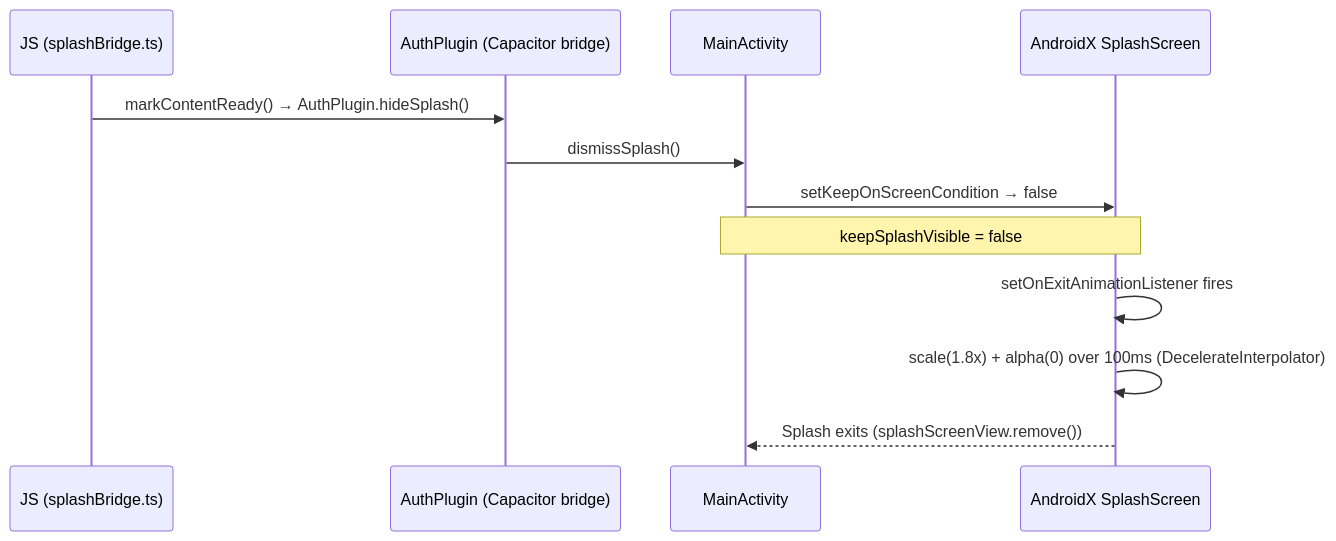
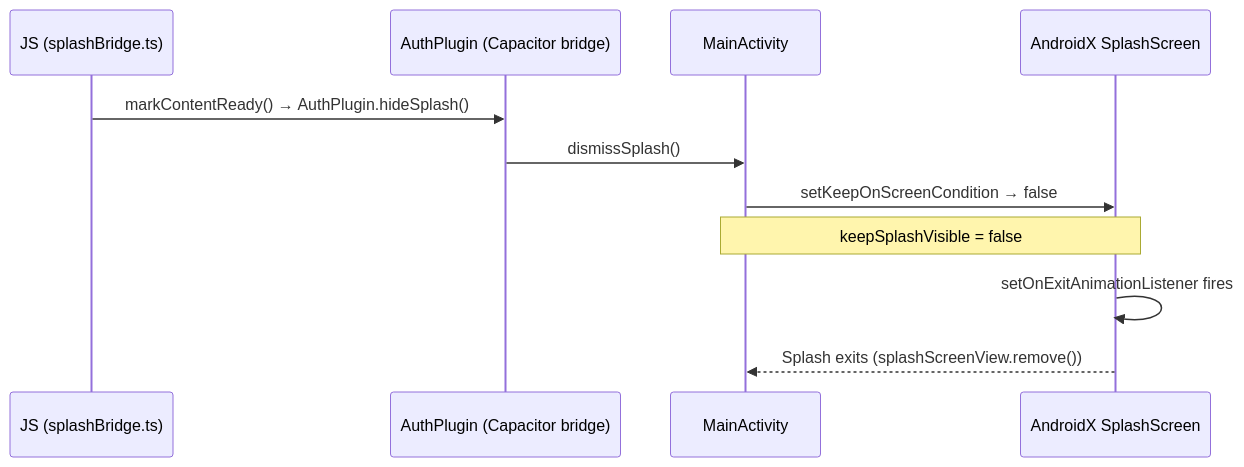
One commit to a1121611810/Pictelio changed the second of 2 diagrams in openwiki/integrations/android-native.md. Above: the diagram before and after it, drawn with Mermaid. The commit also changed other lines of this file and 7 other files, not shown here.

````diff
--- a/openwiki/integrations/android-native.md
+++ b/openwiki/integrations/android-native.md
@@ -102,15 +102,14 @@
 ```mermaid
 sequenceDiagram
     participant JS as JS (splashBridge.ts)
     participant AP as AuthPlugin (Capacitor bridge)
     participant MA as MainActivity
     participant SS as AndroidX SplashScreen
 
     JS->>AP: markContentReady() → AuthPlugin.hideSplash()
     AP->>MA: dismissSplash()
     MA->>SS: setKeepOnScreenCondition → false
     Note over MA,SS: keepSplashVisible = false
     SS->>SS: setOnExitAnimationListener fires
-    SS->>SS: scale(1.8x) + alpha(0) over 100ms (DecelerateInterpolator)
     SS-->>MA: Splash exits (splashScreenView.remove())
 ```
````
